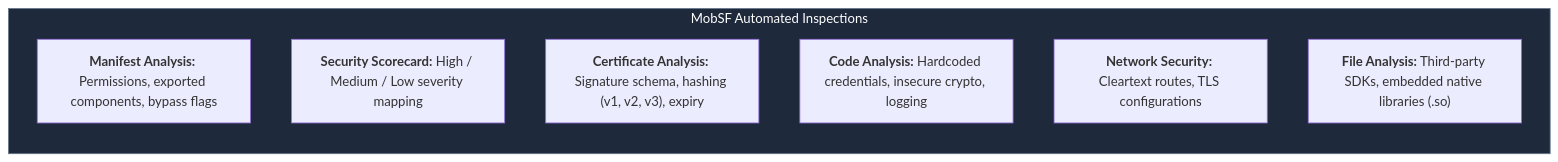
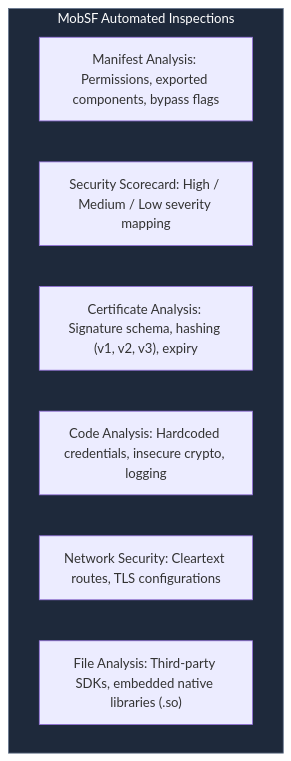
Before and after one commit to sivaoffl04/Cyber-Blog: the tenth of 15 diagrams in Android_pentest/Introduction, APK Analysis, JADX & MobSF/Android_pentest_part-1.MD, drawn with Mermaid. The commit also changed other lines of this file, not shown here.

Commit message:
Fix Mermaid diagram compatibility for GitHub rendering

````diff
--- a/Android_pentest/Introduction, APK Analysis, JADX & MobSF/Android_pentest_part-1.MD
+++ b/Android_pentest/Introduction, APK Analysis, JADX & MobSF/Android_pentest_part-1.MD
@@ -495,14 +520,13 @@
 ```mermaid
-graph LR
+flowchart TD
     subgraph Checks["MobSF Automated Inspections"]
-        direction TB
-        C1["<b>Manifest Analysis:</b> Permissions, exported components, bypass flags"]
-        C2["<b>Security Scorecard:</b> High / Medium / Low severity mapping"]
-        C3["<b>Certificate Analysis:</b> Signature schema, hashing (v1, v2, v3), expiry"]
-        C4["<b>Code Analysis:</b> Hardcoded credentials, insecure crypto, logging"]
-        C5["<b>Network Security:</b> Cleartext routes, TLS configurations"]
-        C6["<b>File Analysis:</b> Third-party SDKs, embedded native libraries (.so)"]
+        C1["Manifest Analysis: Permissions, exported components, bypass flags"]
+        C2["Security Scorecard: High / Medium / Low severity mapping"]
+        C3["Certificate Analysis: Signature schema, hashing (v1, v2, v3), expiry"]
+        C4["Code Analysis: Hardcoded credentials, insecure crypto, logging"]
+        C5["Network Security: Cleartext routes, TLS configurations"]
+        C6["File Analysis: Third-party SDKs, embedded native libraries (.so)"]
     end
 
     style Checks fill:#1e293b,stroke:#64748b,color:#fff
 ```
````
